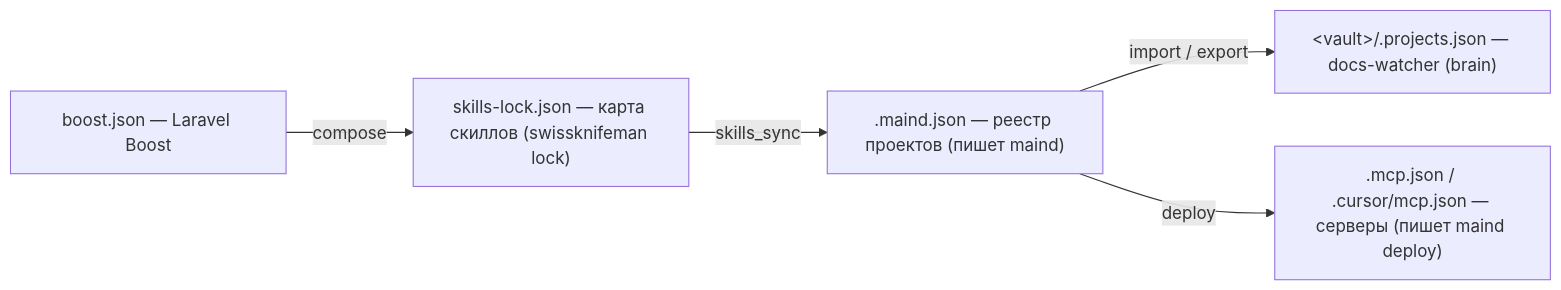
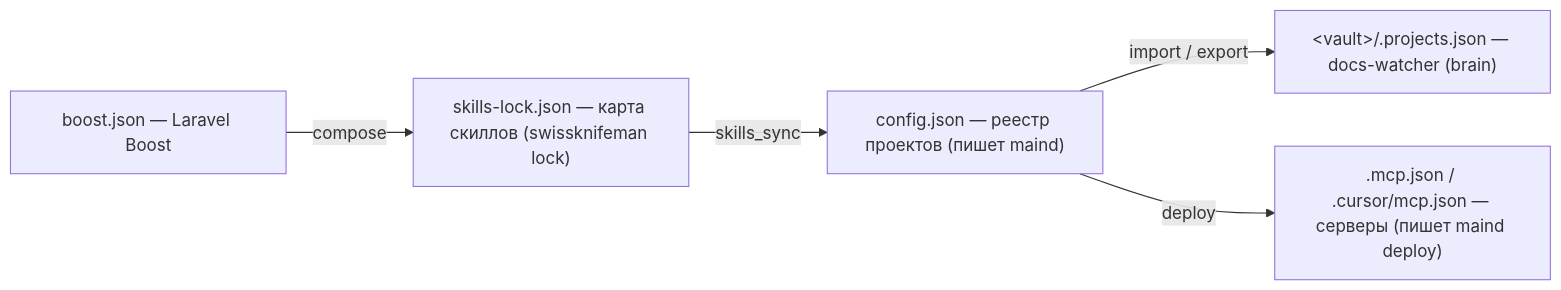
Before and after one commit to academici/swissknifeman: the fifth of 6 diagrams in packages/maind/docs/ecosystem.md, drawn with Mermaid. The commit also changed other lines of this file and 48 other files, not shown here.

First line of the commit message:
refactor(config): .maind.json → config.json в корне монорепо + обёртка Config

````diff
--- a/packages/maind/docs/ecosystem.md
+++ b/packages/maind/docs/ecosystem.md
@@ -118,12 +118,12 @@
 ```mermaid
 flowchart LR
-  MJ[".maind.json — реестр проектов (пишет maind)"]
+  MJ["config.json — реестр проектов (пишет maind)"]
   PJ["&lt;vault&gt;/.projects.json — docs-watcher (brain)"]
   SL["skills-lock.json — карта скиллов (swissknifeman lock)"]
   BJ["boost.json — Laravel Boost"]
   MC[".mcp.json / .cursor/mcp.json — серверы (пишет maind deploy)"]
   BJ -->|compose| SL
   SL -->|skills_sync| MJ
   MJ -->|import / export| PJ
   MJ -->|deploy| MC
 ```
````
